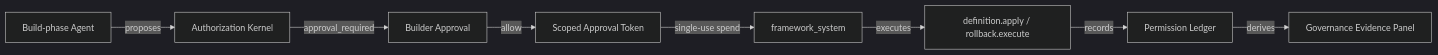
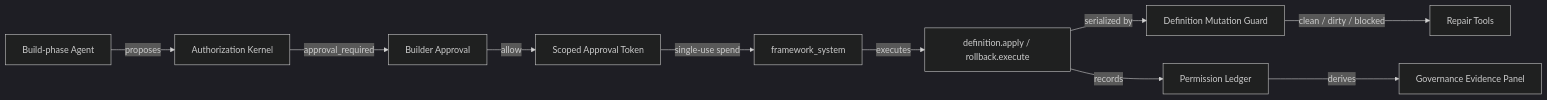
One commit to pandazki/pneuma-framework changed the diagram in docs/architecture/milestone-2-snapshot.md. Above: the diagram before and after it, drawn with Mermaid (dark theme). The commit also changed other lines of this file and 4 other files, not shown here.

````diff
--- a/docs/architecture/milestone-2-snapshot.md
+++ b/docs/architecture/milestone-2-snapshot.md
@@ -68,10 +84,12 @@
 ```mermaid
 flowchart LR
   A["Build-phase Agent"] -->|"proposes"| B["Authorization Kernel"]
   B -->|"approval_required"| C["Builder Approval"]
   C -->|"allow"| D["Scoped Approval Token"]
   D -->|"single-use spend"| E["framework_system"]
   E -->|"executes"| F["definition.apply / rollback.execute"]
-  F -->|"records"| G["Permission Ledger"]
-  G -->|"derives"| H["Governance Evidence Panel"]
+  F -->|"serialized by"| G["Definition Mutation Guard"]
+  G -->|"clean / dirty / blocked"| H["Repair Tools"]
+  F -->|"records"| I["Permission Ledger"]
+  I -->|"derives"| J["Governance Evidence Panel"]
 ```
````
